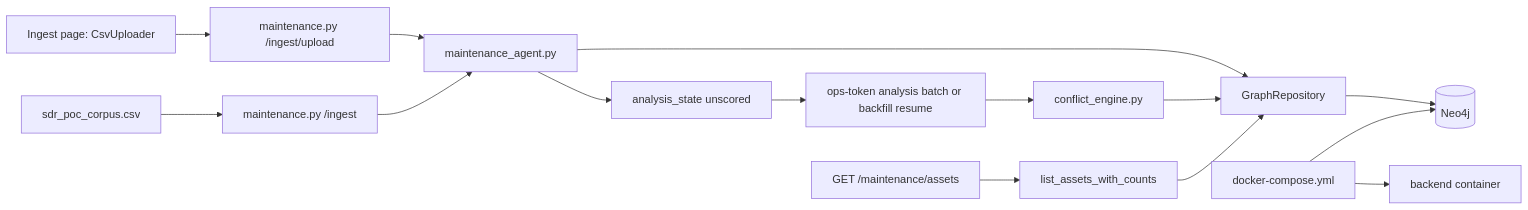
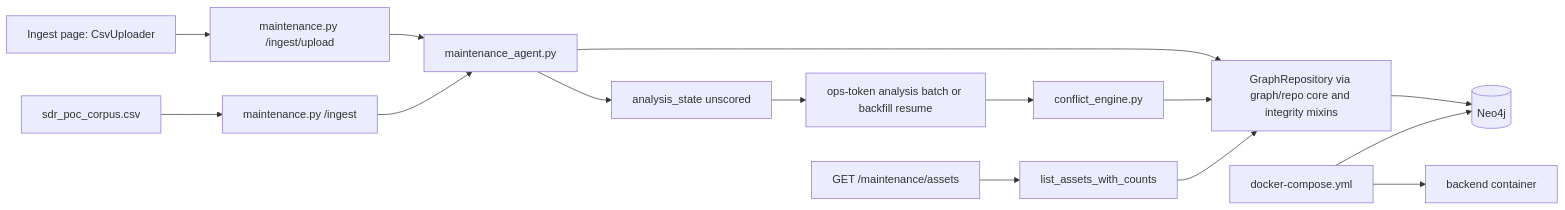
One commit to umaritics/halite changed the diagram in knowledge/flows/FLOW-ingest.md. Above: the diagram before and after it, drawn with Mermaid. The commit also changed 55 other files, not shown here.

````diff
--- a/knowledge/flows/FLOW-ingest.md
+++ b/knowledge/flows/FLOW-ingest.md
@@ -26,17 +26,17 @@
 ```mermaid
 flowchart LR
   CSV[sdr_poc_corpus.csv] --> Route[maintenance.py /ingest]
   Upload[Ingest page: CsvUploader] --> UpRoute[maintenance.py /ingest/upload]
   UpRoute --> Agent
   Route --> Agent[maintenance_agent.py]
-  Agent --> GR[GraphRepository]
+  Agent --> GR[GraphRepository via graph/repo core and integrity mixins]
   Agent --> U[analysis_state unscored]
   U --> Batch[ops-token analysis batch or backfill resume]
   Batch --> CE[conflict_engine.py]
   CE --> GR
   Assets[GET /maintenance/assets] --> Count[list_assets_with_counts]
   Count --> GR
   GR --> N[(Neo4j)]
   Compose[docker-compose.yml] --> N
   Compose --> BE[backend container]
 ```
````
